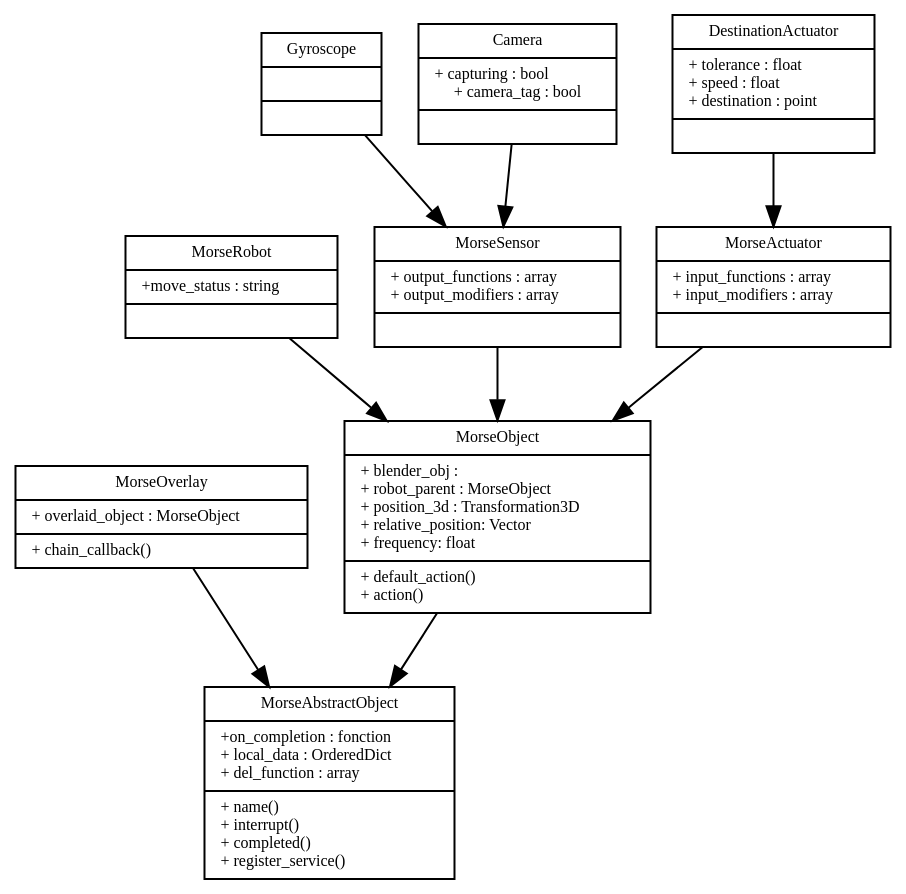
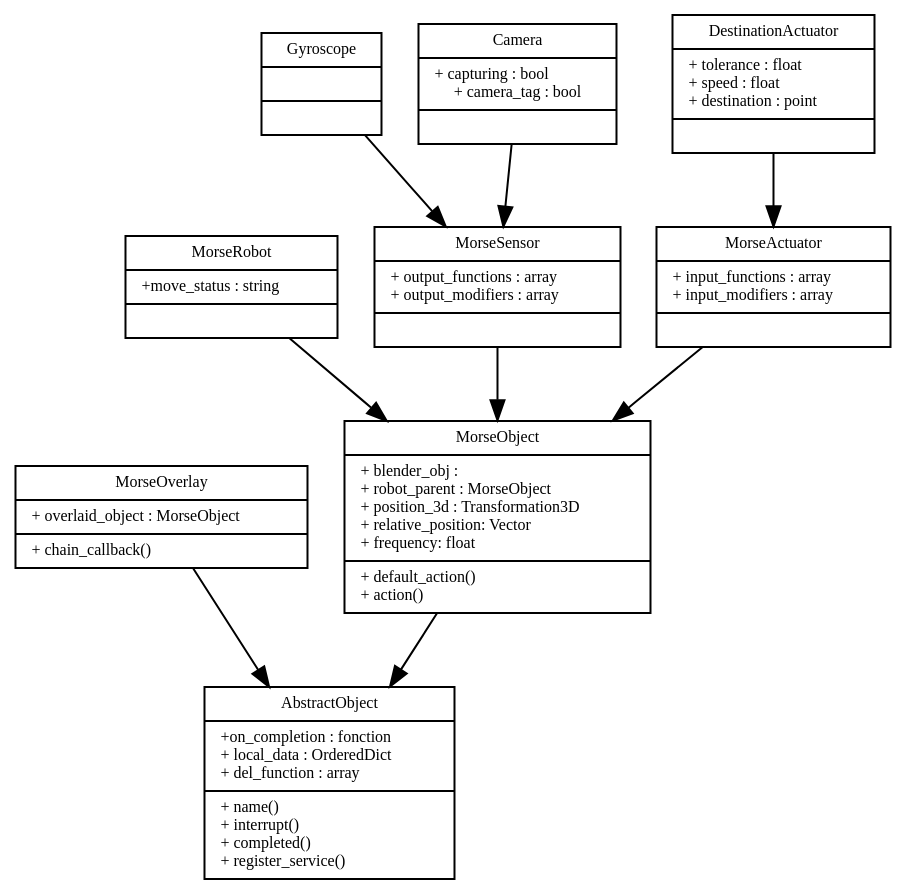
The diagram in doc/morse/dev/morse_uml.dot (morse-simulator/morse), drawn with Graphviz before and after one commit. The commit also changed 74 other files, not shown here.

```diff
--- a/doc/morse/dev/morse_uml.dot
+++ b/doc/morse/dev/morse_uml.dot
@@ -1,64 +1,64 @@
 digraph G {
 	fontname = "Bitstream Vera Sans"
 	fontsize = 8
 	bgcolor="transparent"
 					    
 	node [
 		fontname = "Bitstream Vera Sans"
 		fontsize = 8
 		shape = "record"
 		fillcolor="white"
 		style="filled"
 	]
 
 	edge [
 		fontname = "Bitstream Vera Sans"
 		fontsize = 8
 		color="black"
 	]
 
-	MorseAbstractObject [
-		label = "{MorseAbstractObject |+on_completion : fonction\l+ local_data : OrderedDict\l+ del_function : array\l|+ name()\l+ interrupt()\l+ completed()\l+ register_service()\l }"
+	AbstractObject [
+		label = "{AbstractObject |+on_completion : fonction\l+ local_data : OrderedDict\l+ del_function : array\l|+ name()\l+ interrupt()\l+ completed()\l+ register_service()\l }"
 	]
 
 	MorseOverlay [
 		label = "{MorseOverlay | + overlaid_object : MorseObject\l| + chain_callback()\l}"
 	]
 
 	MorseObject [
 		label = "{MorseObject | + blender_obj :\l+ robot_parent : MorseObject\l+ position_3d : Transformation3D\l+ relative_position: Vector\l+ frequency: float\l|+ default_action()\l+ action()\l }"
 	]
 
 	MorseRobot [
 		label = "{MorseRobot | +move_status : string\l| }"
 	]
 
 	MorseSensor [
 		label = "{MorseSensor | + output_functions : array\l+ output_modifiers : array\l |}"
 	]
 
 	MorseActuator [
 		label = "{MorseActuator | + input_functions : array\l+ input_modifiers : array\l |}"
 	]
 
 	Gyroscope [
 		label = "{Gyroscope || }"
 	]
 
 	Camera [
 		label = "{Camera |+ capturing : bool\l+ camera_tag : bool | }"
 	]
 
 	DestinationActuator [
 		label = "{DestinationActuator | + tolerance : float\l+ speed : float\l+ destination : point\l | }"
 	]
 
-	MorseObject -> MorseAbstractObject
-	MorseOverlay -> MorseAbstractObject
+	MorseObject -> AbstractObject
+	MorseOverlay -> AbstractObject
 	MorseRobot -> MorseObject
 	MorseSensor -> MorseObject
 	MorseActuator -> MorseObject
 	Gyroscope -> MorseSensor
 	Camera -> MorseSensor
 	DestinationActuator -> MorseActuator
 }
```
